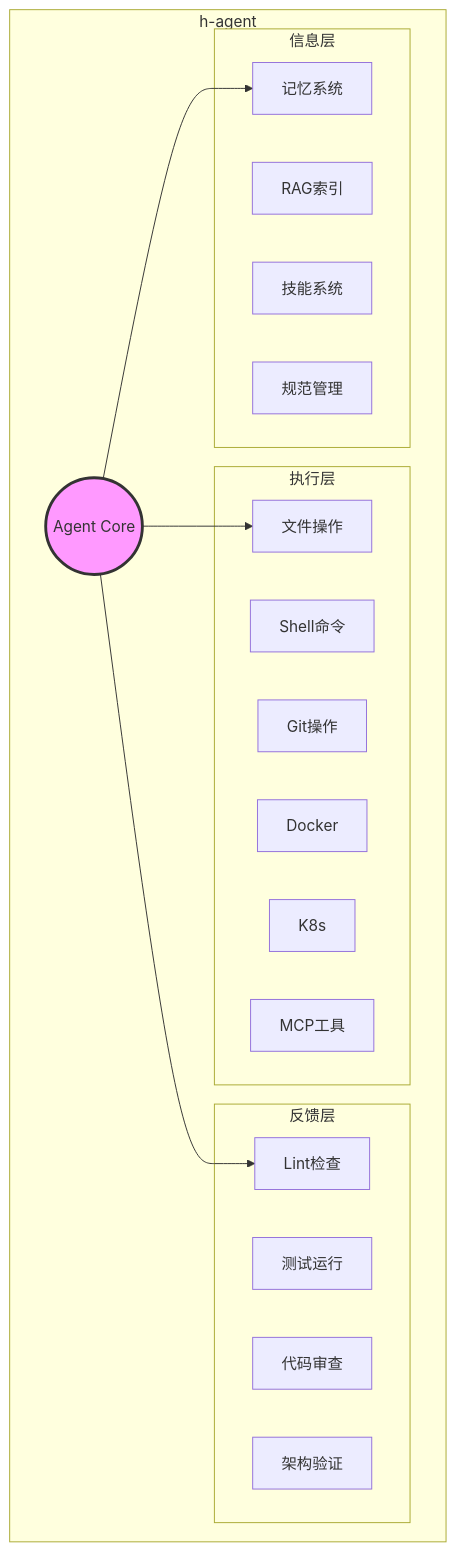
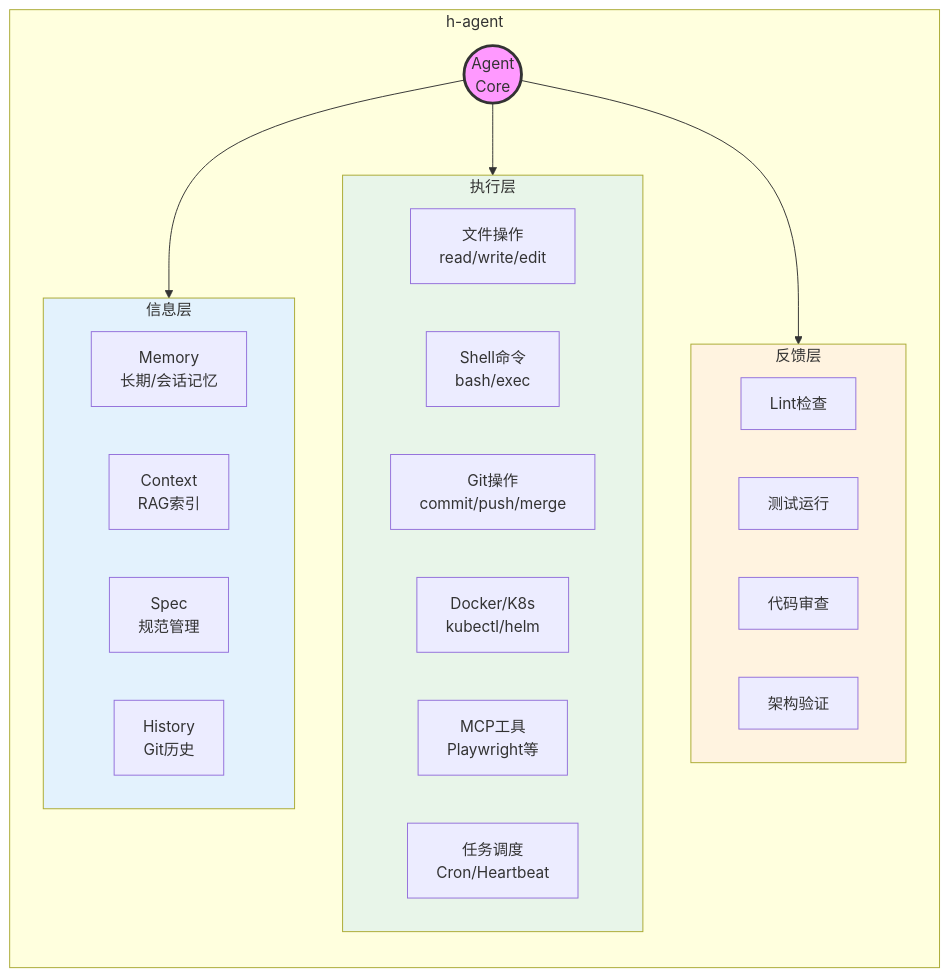
The sixth of 7 diagrams in articles/ai-assisted-dev-toolmap.md (yves960/articles), drawn with Mermaid before and after one commit. The commit also changed other lines of this file, not shown here.

First line of the commit message:
docs: 用Mermaid重画AI辅助研发工具地图

````diff
--- a/articles/ai-assisted-dev-toolmap.md
+++ b/articles/ai-assisted-dev-toolmap.md
@@ -410,33 +489,40 @@
 ```mermaid
 graph TB
-    subgraph h-agent
-        subgraph 反馈层
-            H_LINT[Lint检查]
-            H_TEST[测试运行]
-            H_REVIEW[代码审查]
-            H_ARCH[架构验证]
+    subgraph hagent["h-agent"]
+        direction TB
+        
+        subgraph hFeedback["反馈层"]
+            hF1[Lint检查]
+            hF2[测试运行]
+            hF3[代码审查]
+            hF4[架构验证]
         end
         
-        subgraph 执行层
-            H_FILE[文件操作]
-            H_SHELL[Shell命令]
-            H_GIT[Git操作]
-            H_DOCKER[Docker]
-            H_K8S[K8s]
-            H_MCP[MCP工具]
+        subgraph hExecution["执行层"]
+            hE1[文件操作<br/>read/write/edit]
+            hE2[Shell命令<br/>bash/exec]
+            hE3[Git操作<br/>commit/push/merge]
+            hE4[Docker/K8s<br/>kubectl/helm]
+            hE5[MCP工具<br/>Playwright等]
+            hE6[任务调度<br/>Cron/Heartbeat]
         end
         
-        subgraph 信息层
-            H_MEM[记忆系统]
-            H_RAG[RAG索引]
-            H_SKILL[技能系统]
-            H_SPEC[规范管理]
+        subgraph hInformation["信息层"]
+            hI1[Memory<br/>长期/会话记忆]
+            hI2[Context<br/>RAG索引]
+            hI3[Spec<br/>规范管理]
+            hI4[History<br/>Git历史]
         end
         
-        CORE((Agent Core)) --> H_MEM
-        CORE --> H_FILE
-        CORE --> H_LINT
+        hCore((Agent<br/>Core))
+        
+        hCore --> hInformation
+        hCore --> hExecution
+        hCore --> hFeedback
     end
     
-    style CORE fill:#f9f,stroke:#333,stroke-width:3px
+    style hCore fill:#f9f,stroke:#333,stroke-width:3px
+    style hInformation fill:#e3f2fd
+    style hExecution fill:#e8f5e9
+    style hFeedback fill:#fff3e0
 ```
````
